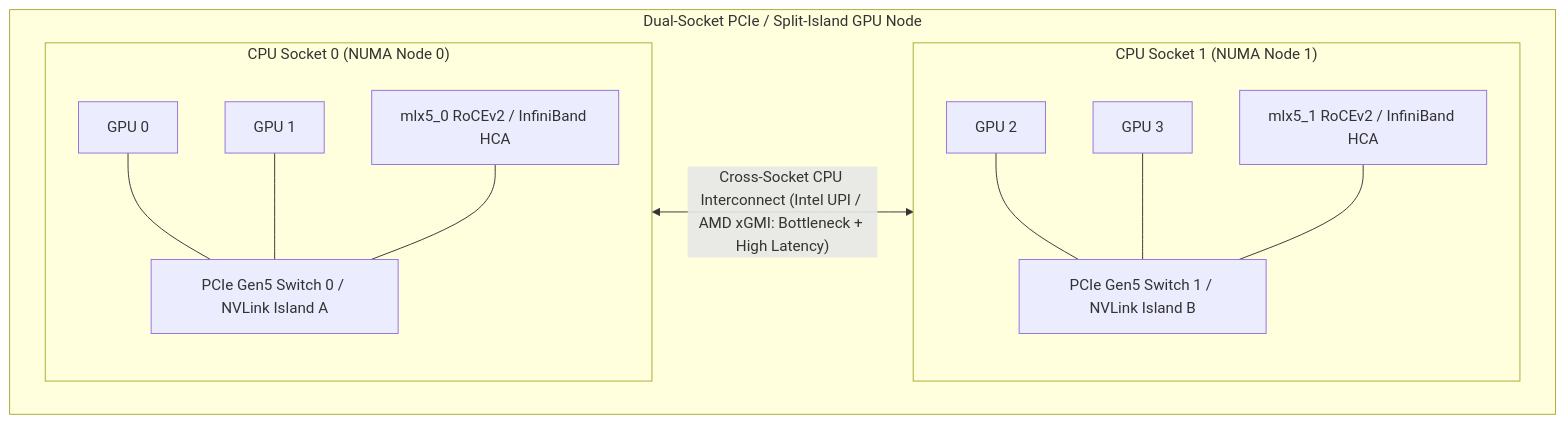
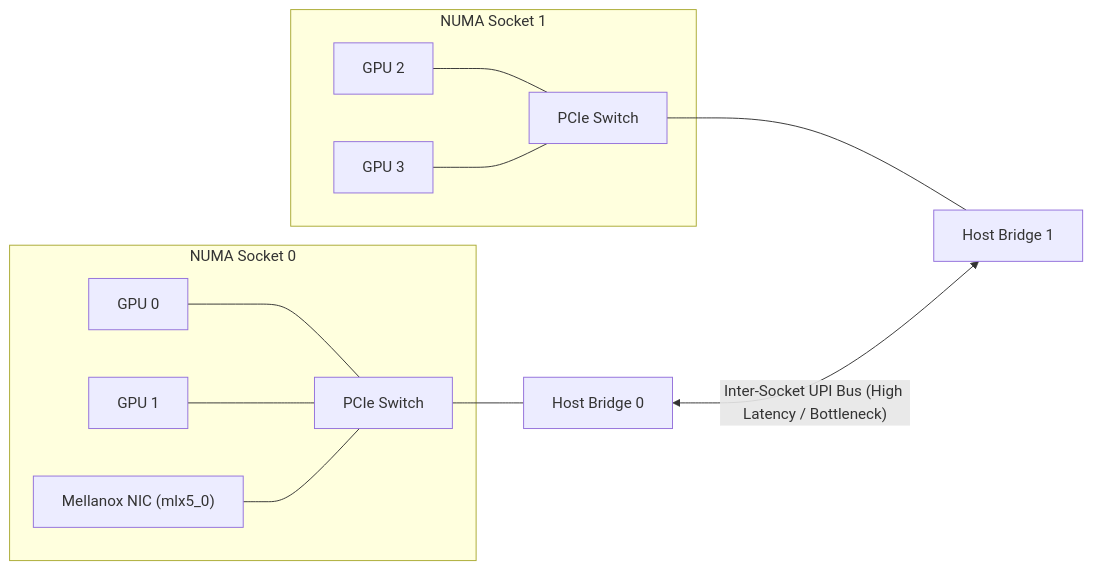
Before and after one commit to xsub/AiOps_on_K8S_Fundamentals_n_Practicies: the fourth of 5 diagrams in docs/03-advanced-workload-scheduling.md, drawn with Mermaid. The commit also changed other lines of this file and 20 other files, not shown here.

````diff
--- a/docs/03-advanced-workload-scheduling.md
+++ b/docs/03-advanced-workload-scheduling.md
@@ -35,20 +158,17 @@
 ```mermaid
-flowchart TB
-    subgraph Server["Dual-Socket PCIe / Split-Island GPU Node"]
-        subgraph NUMA0["CPU Socket 0 (NUMA Node 0)"]
-            SW0["PCIe Gen5 Switch 0 / NVLink Island A"]
-            G0["GPU 0"] --- SW0
-            G1["GPU 1"] --- SW0
-            NIC0["mlx5_0 RoCEv2 / InfiniBand HCA"] --- SW0
-        end
+flowchart LR
+    subgraph Socket0["NUMA Socket 0"]
+        GPU0["GPU 0"] --- PIX["PCIe Switch"]
+        GPU1["GPU 1"] --- PIX
+        NIC0["Mellanox NIC (mlx5_0)"] --- PIX
+    end
 
-        subgraph NUMA1["CPU Socket 1 (NUMA Node 1)"]
-            SW1["PCIe Gen5 Switch 1 / NVLink Island B"]
-            G2["GPU 2"] --- SW1
-            G3["GPU 3"] --- SW1
-            NIC1["mlx5_1 RoCEv2 / InfiniBand HCA"] --- SW1
-        end
+    subgraph Socket1["NUMA Socket 1"]
+        GPU2["GPU 2"] --- SW1["PCIe Switch"]
+        GPU3["GPU 3"] --- SW1
+    end
 
-        NUMA0 <-- "Cross-Socket CPU Interconnect (Intel UPI / AMD xGMI: Bottleneck + High Latency)" --> NUMA1
-    end
+    PIX --- PHB0["Host Bridge 0"]
+    SW1 --- PHB1["Host Bridge 1"]
+    PHB0 <-- "Inter-Socket UPI Bus (High Latency / Bottleneck)" --> PHB1
 ```
````
